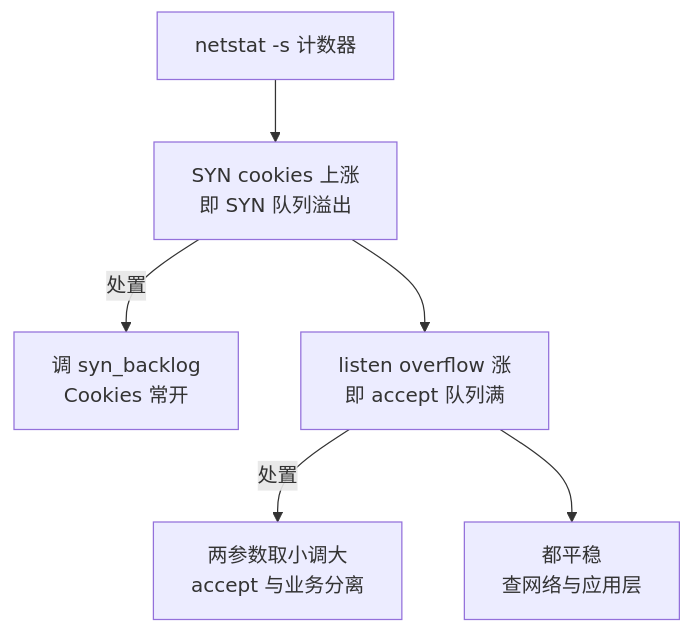
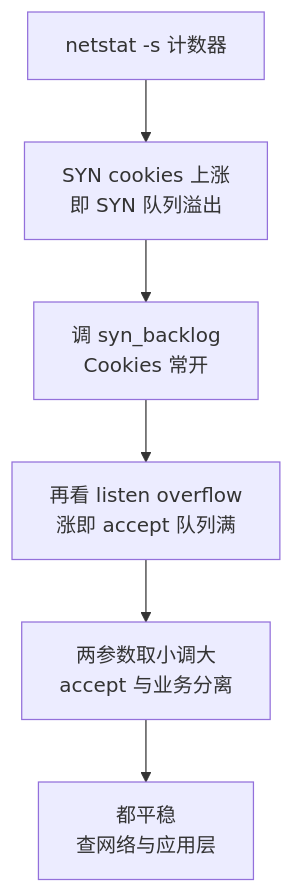
One commit to hub138/technical-knowledge changed the second of 2 diagrams in vault/工程知识/性能工程：从用户等待到资源瓶颈/存储与网络/连接建立失败先看内核队列：SYN 队列与 accept 队列是两个瓶颈.md. Above: the diagram before and after it, drawn with Mermaid. The commit also changed other lines of this file and 3 other files, not shown here.

Commit message:
配图：第二批 10 篇插图（1 篇 Istio 官方架构图＋9 篇自绘），截图验收与审计全过

````diff
--- a/vault/工程知识/性能工程：从用户等待到资源瓶颈/存储与网络/连接建立失败先看内核队列：SYN 队列与 accept 队列是两个瓶颈.md
+++ b/vault/工程知识/性能工程：从用户等待到资源瓶颈/存储与网络/连接建立失败先看内核队列：SYN 队列与 accept 队列是两个瓶颈.md
@@ -53,8 +53,8 @@
 ```mermaid
 graph TD
     A["netstat -s 计数器"] --> B["SYN cookies 上涨<br/>即 SYN 队列溢出"]
-    B -->|处置| C["调 syn_backlog<br/>Cookies 常开"]
-    B --> D["listen overflow 涨<br/>即 accept 队列满"]
-    D -->|处置| E["两参数取小调大<br/>accept 与业务分离"]
-    D --> F["都平稳<br/>查网络与应用层"]
+    B --> C["调 syn_backlog<br/>Cookies 常开"]
+    C --> D["再看 listen overflow<br/>涨即 accept 队列满"]
+    D --> E["两参数取小调大<br/>accept 与业务分离"]
+    E --> F["都平稳<br/>查网络与应用层"]
 ```
````
